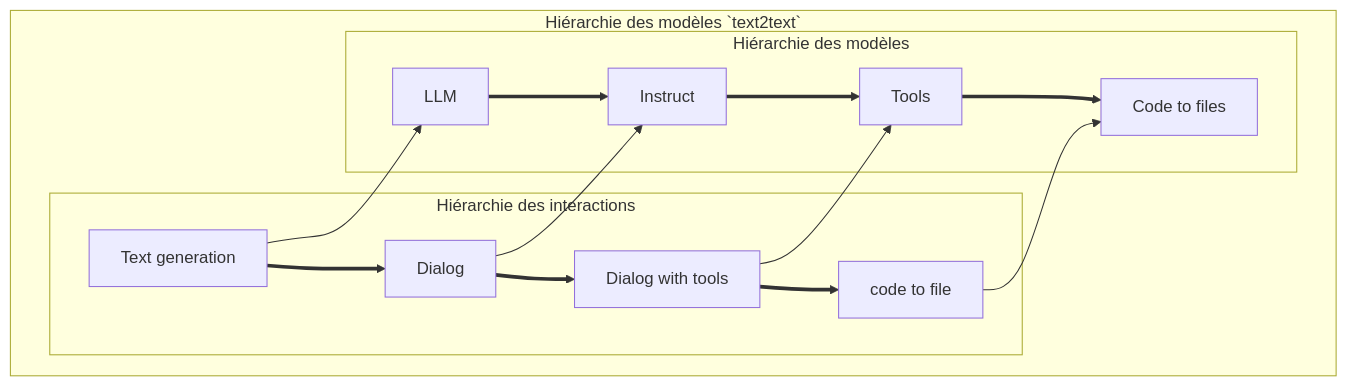
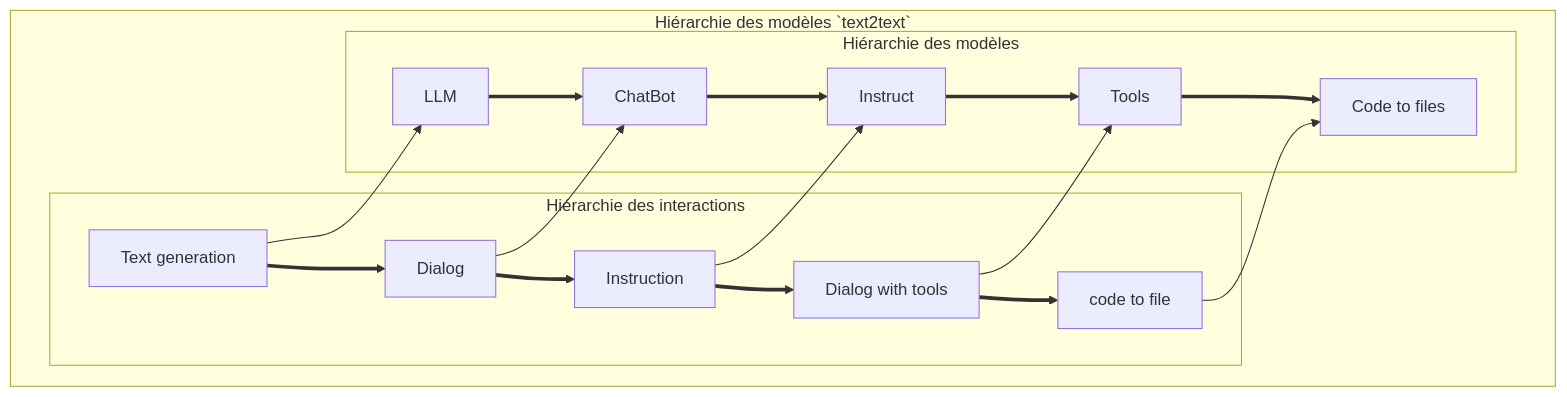
The first of 5 diagrams in 02.ModelHierachy.md (rioultf/llmapp), drawn with Mermaid before and after one commit. The commit also changed other lines of this file and 2 other files, not shown here.

````diff
--- a/02.ModelHierachy.md
+++ b/02.ModelHierachy.md
@@ -11,24 +13,27 @@
 ```mermaid
 flowchart TD
 subgraph Hiérarchie des modèles `text2text`
     subgraph Hiérarchie des interactions
         generate[Text generation]
         dialogue[Dialog]
+        instruction[Instruction]
         dtools[Dialog with tools]
         coding[code to file]
     end
     subgraph Hiérarchie des modèles
         llm[LLM]
+        chatbot[ChatBot]
         instruct[Instruct]
         tools[Tools]
         code[Code to files]
     end
 
-    llm ==> instruct ==> tools ==> code
+    llm ==> chatbot ==> instruct ==> tools ==> code
     generate --> llm
-    dialogue --> instruct
+    dialogue --> chatbot
+    instruction --> instruct
     dtools --> tools
     coding --> code
-    generate ==> dialogue ==> dtools ==> coding
+    generate ==> dialogue ==> instruction ==> dtools ==> coding
 end
 ```
````
